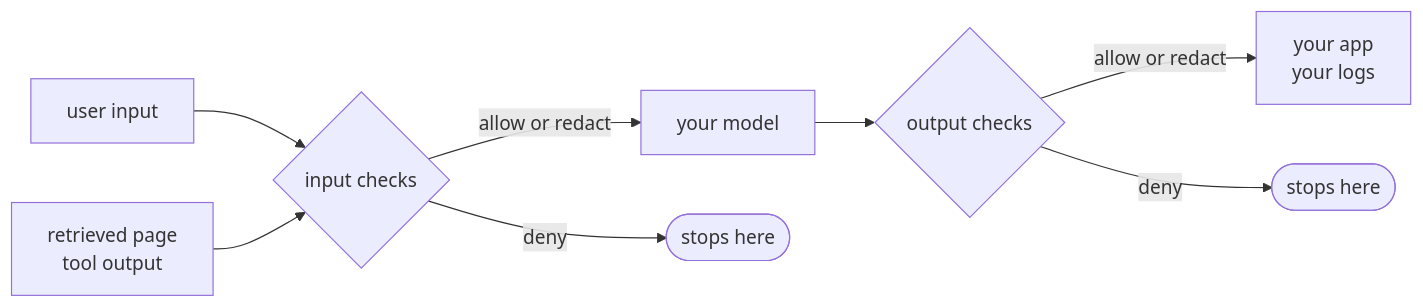
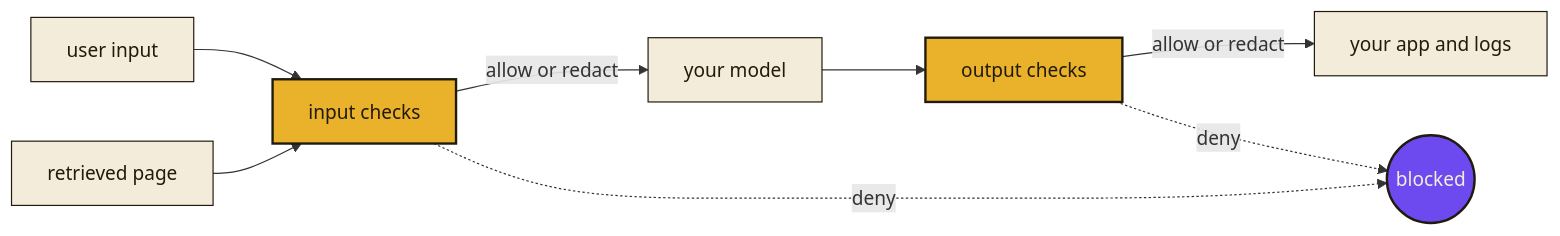
One commit to jamjet-labs/jamjet-guardrails changed the diagram in README.md. Above: the diagram before and after it, drawn with Mermaid.

Commit message:
docs: make the flow diagram compact and on-brand

````diff
--- a/README.md
+++ b/README.md
@@ -12,11 +12,16 @@
 ```mermaid
 flowchart LR
-  U["user input"] --> IN
-  R["retrieved page<br/>tool output"] --> IN
-  IN{"input checks"}
-  IN -->|"allow or redact"| M["your model"]
-  IN -->|"deny"| S1(["stops here"])
-  M --> OUT{"output checks"}
-  OUT -->|"allow or redact"| A["your app<br/>your logs"]
-  OUT -->|"deny"| S2(["stops here"])
+  U[user input] --> IN
+  R[retrieved page] --> IN
+  IN[input checks] -->|allow or redact| M[your model]
+  M --> OUT[output checks]
+  OUT -->|allow or redact| APP[your app and logs]
+  IN -.->|deny| X((blocked))
+  OUT -.->|deny| X
+  classDef check fill:#eab12a,stroke:#211b0e,stroke-width:2px,color:#211b0e
+  classDef io fill:#f4ecdb,stroke:#211b0e,stroke-width:1px,color:#211b0e
+  classDef stop fill:#6d4af0,stroke:#211b0e,stroke-width:2px,color:#f4ecdb
+  class IN,OUT check
+  class U,R,M,APP io
+  class X stop
 ```
````
